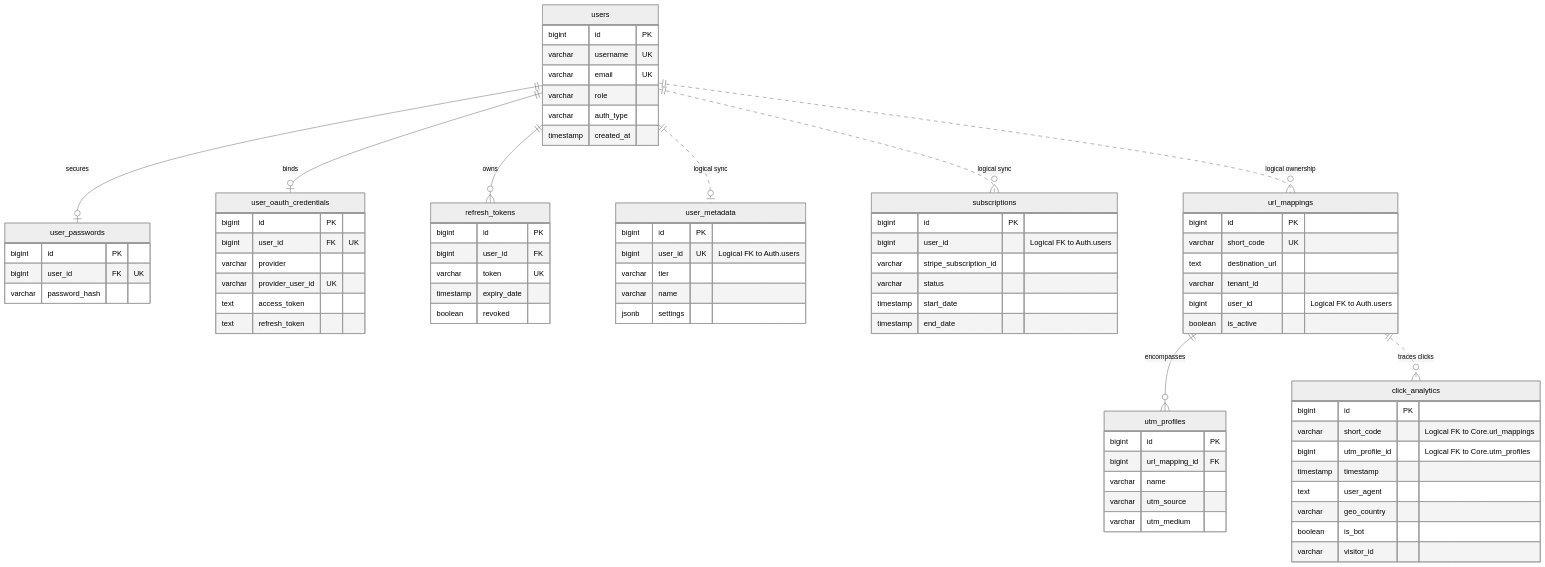
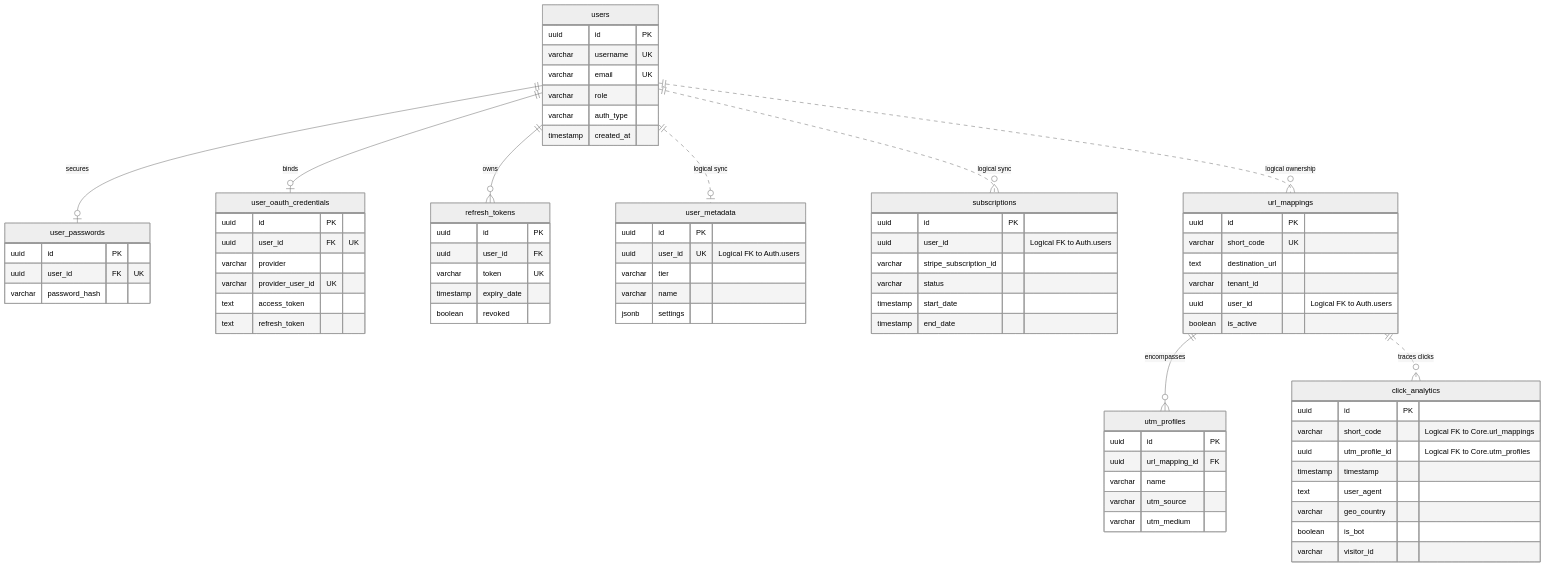
Before and after one commit to TheFastest599/url-shortener: the second of 3 diagrams in docs/url_shortener_design_doc.md, drawn with Mermaid (neutral theme). The commit also changed other lines of this file and 7 other files, not shown here.

```diff
--- a/docs/url_shortener_design_doc.md
+++ b/docs/url_shortener_design_doc.md
@@ -244,7 +250,7 @@
     %% PostgreSQL Auth DB (Port 5431)
     %% ==========================================
     users {
-        bigint id PK
+        uuid id PK
         varchar username UK
         varchar email UK
         varchar role
@@ -252,21 +258,21 @@
         timestamp created_at
     }
     user_passwords {
-        bigint id PK
-        bigint user_id FK "UK"
+        uuid id PK
+        uuid user_id FK "UK"
         varchar password_hash
     }
     user_oauth_credentials {
-        bigint id PK
-        bigint user_id FK "UK"
+        uuid id PK
+        uuid user_id FK "UK"
         varchar provider
         varchar provider_user_id UK
         text access_token
         text refresh_token
     }
     refresh_tokens {
-        bigint id PK
-        bigint user_id FK
+        uuid id PK
+        uuid user_id FK
         varchar token UK
         timestamp expiry_date
         boolean revoked
@@ -276,31 +282,31 @@
     %% PostgreSQL Core DB (Port 5432)
     %% ==========================================
     user_metadata {
-        bigint id PK
-        bigint user_id UK "Logical FK to Auth.users"
+        uuid id PK
+        uuid user_id UK "Logical FK to Auth.users"
         varchar tier
         varchar name
         jsonb settings
     }
     subscriptions {
-        bigint id PK
-        bigint user_id "Logical FK to Auth.users"
+        uuid id PK
+        uuid user_id "Logical FK to Auth.users"
         varchar stripe_subscription_id
         varchar status
         timestamp start_date
         timestamp end_date
     }
     url_mappings {
-        bigint id PK
+        uuid id PK
         varchar short_code UK
         text destination_url
         varchar tenant_id
-        bigint user_id "Logical FK to Auth.users"
+        uuid user_id "Logical FK to Auth.users"
         boolean is_active
     }
     utm_profiles {
-        bigint id PK
-        bigint url_mapping_id FK
+        uuid id PK
+        uuid url_mapping_id FK
         varchar name
         varchar utm_source
         varchar utm_medium
@@ -310,9 +316,9 @@
     %% PostgreSQL Analytics DB (Port 5433)
     %% ==========================================
     click_analytics {
-        bigint id PK
+        uuid id PK
         varchar short_code "Logical FK to Core.url_mappings"
-        bigint utm_profile_id "Logical FK to Core.utm_profiles"
+        uuid utm_profile_id "Logical FK to Core.utm_profiles"
         timestamp timestamp
         text user_agent
         varchar geo_country
```
